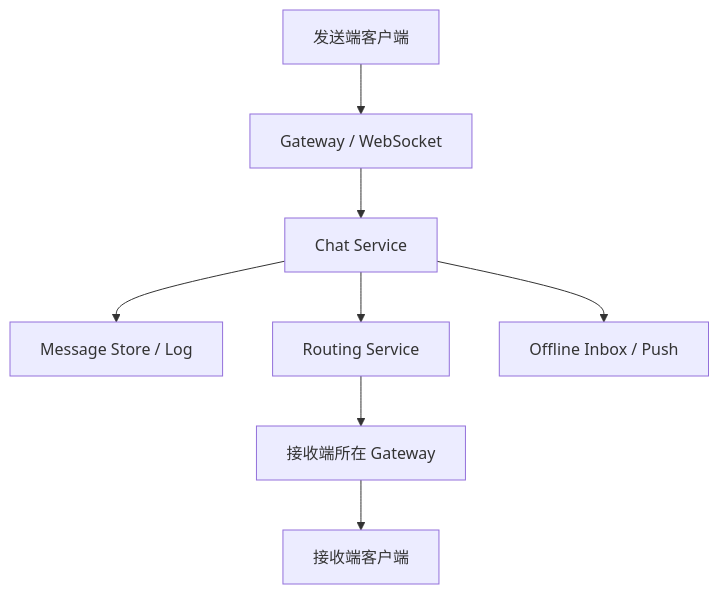
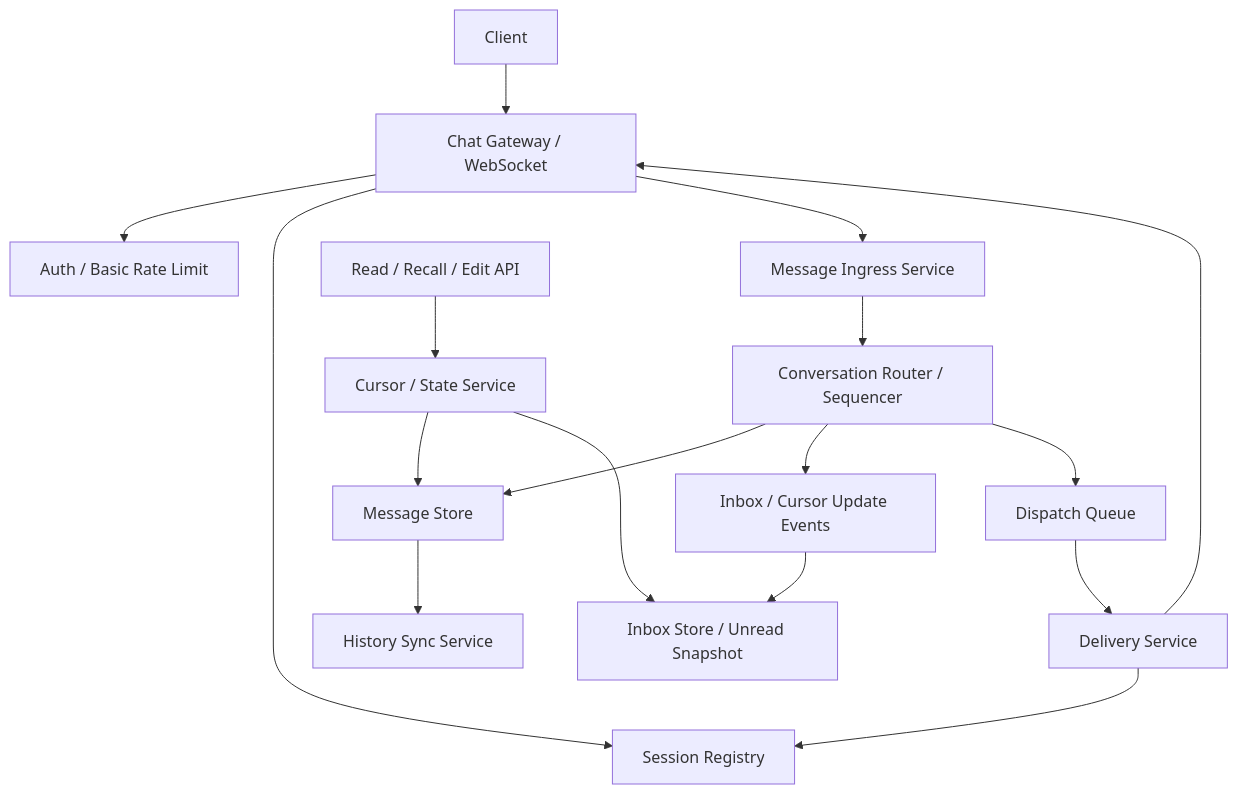
The diagram in 系统设计/15_聊天系统真题模拟.md (qxq1997/learning_stuff), drawn with Mermaid before and after one commit. The commit also changed other lines of this file and 11 other files, not shown here.

````diff
--- a/系统设计/15_聊天系统真题模拟.md
+++ b/系统设计/15_聊天系统真题模拟.md
@@ -93,10 +864,19 @@
 ```mermaid
 flowchart TD
-    A["发送端客户端"] --> B["Gateway / WebSocket"]
-    B --> C["Chat Service"]
-    C --> D["Message Store / Log"]
-    C --> E["Routing Service"]
-    E --> F["接收端所在 Gateway"]
-    F --> G["接收端客户端"]
-    C --> H["Offline Inbox / Push"]
+    A["Client"] --> B["Chat Gateway / WebSocket"]
+    B --> C["Auth / Basic Rate Limit"]
+    B --> D["Session Registry"]
+    B --> E["Message Ingress Service"]
+    E --> F["Conversation Router / Sequencer"]
+    F --> G["Message Store"]
+    F --> H["Inbox / Cursor Update Events"]
+    F --> I["Dispatch Queue"]
+    I --> J["Delivery Service"]
+    J --> D
+    J --> B
+    G --> K["History Sync Service"]
+    H --> L["Inbox Store / Unread Snapshot"]
+    M["Read / Recall / Edit API"] --> N["Cursor / State Service"]
+    N --> G
+    N --> L
 ```
````
